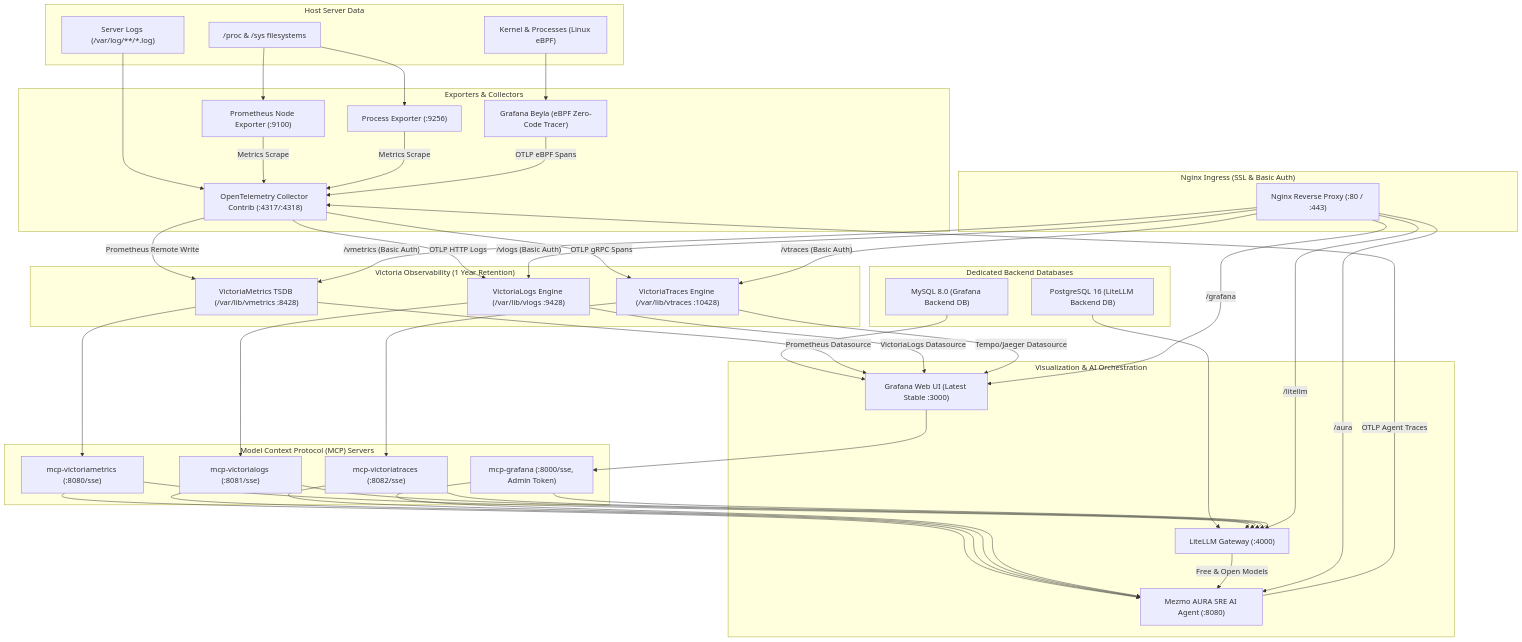
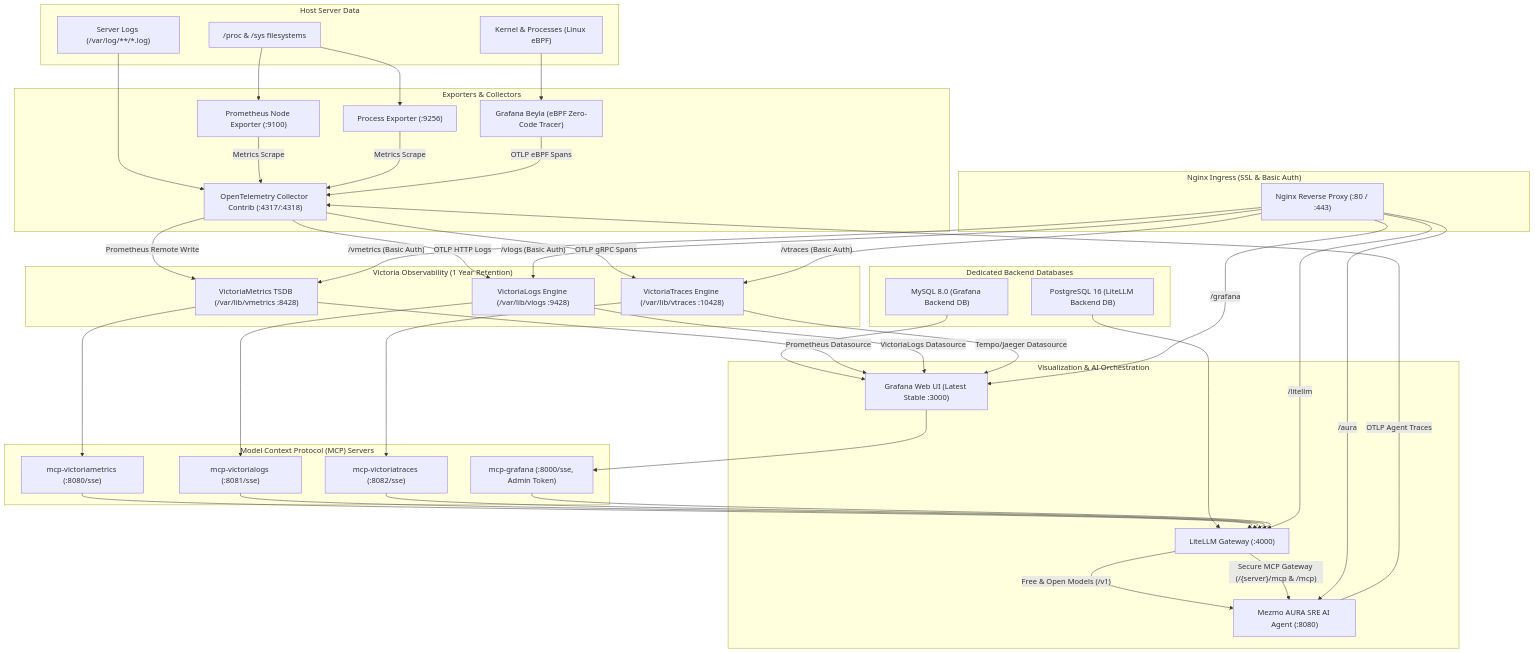
The diagram in README.md (dirtyren/o11ystack), drawn with Mermaid before and after one commit. The commit also changed other lines of this file and 1 other file, not shown here.

Commit message:
Route AURA MCP connections through LiteLLM authenticated MCP gateway

```diff
--- a/README.md
+++ b/README.md
@@ -106,18 +106,15 @@
     VTraces --> MCP_VT
     Grafana --> MCP_GF
 
-    %% MCP tool execution into AURA & LiteLLM
-    MCP_VM --> AURA
-    MCP_VL --> AURA
-    MCP_VT --> AURA
-    MCP_GF --> AURA
+    %% MCP servers registered in LiteLLM Gateway
     MCP_VM --> LiteLLM
     MCP_VL --> LiteLLM
     MCP_VT --> LiteLLM
     MCP_GF --> LiteLLM
 
-    %% LLM routing
-    LiteLLM -->|"Free & Open Models"| AURA
+    %% LiteLLM Gateway to AURA: LLM reasoning and MCP tools
+    LiteLLM -->|"Free & Open Models (/v1)"| AURA
+    LiteLLM -->|"Secure MCP Gateway (/{server}/mcp & /mcp)"| AURA
 
     %% Ingress access
     Nginx -->|"/vmetrics (Basic Auth)"| VMetrics
```
